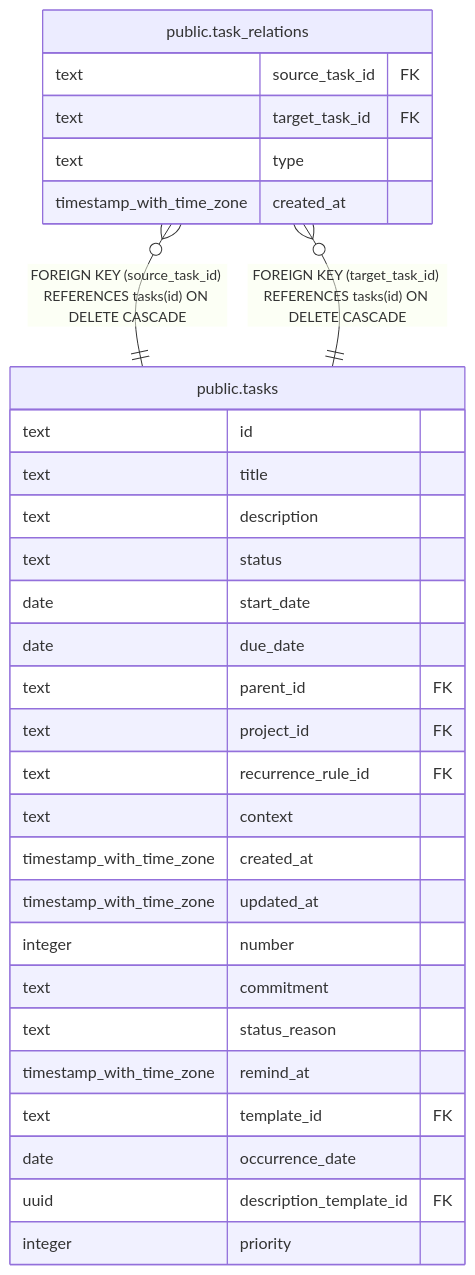
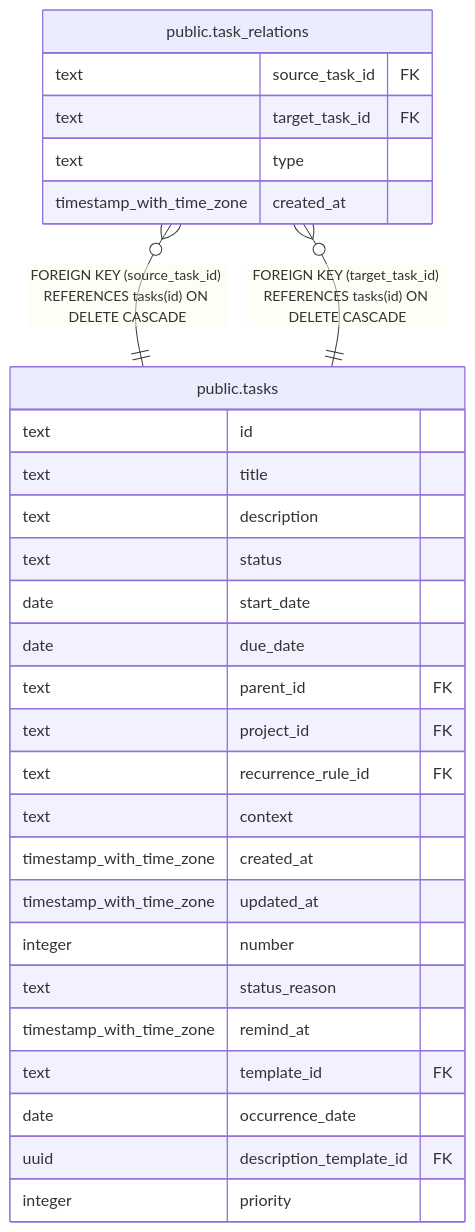
One commit to fohte/tq changed the diagram in api/docs/db/public.task_relations.md. Above: the diagram before and after it, drawn with Mermaid. The commit also changed 59 other files, not shown here.

````diff
--- a/api/docs/db/public.task_relations.md
+++ b/api/docs/db/public.task_relations.md
@@ -38,35 +38,34 @@
 ```mermaid
 erDiagram
 
 "public.task_relations" }o--|| "public.tasks" : "FOREIGN KEY (source_task_id) REFERENCES tasks(id) ON DELETE CASCADE"
 "public.task_relations" }o--|| "public.tasks" : "FOREIGN KEY (target_task_id) REFERENCES tasks(id) ON DELETE CASCADE"
 
 "public.task_relations" {
   text source_task_id FK
   text target_task_id FK
   text type
   timestamp_with_time_zone created_at
 }
 "public.tasks" {
   text id
   text title
   text description
   text status
   date start_date
   date due_date
   text parent_id FK
   text project_id FK
   text recurrence_rule_id FK
   text context
   timestamp_with_time_zone created_at
   timestamp_with_time_zone updated_at
   integer number
-  text commitment
   text status_reason
   timestamp_with_time_zone remind_at
   text template_id FK
   date occurrence_date
   uuid description_template_id FK
   integer priority
 }
 ```
````
